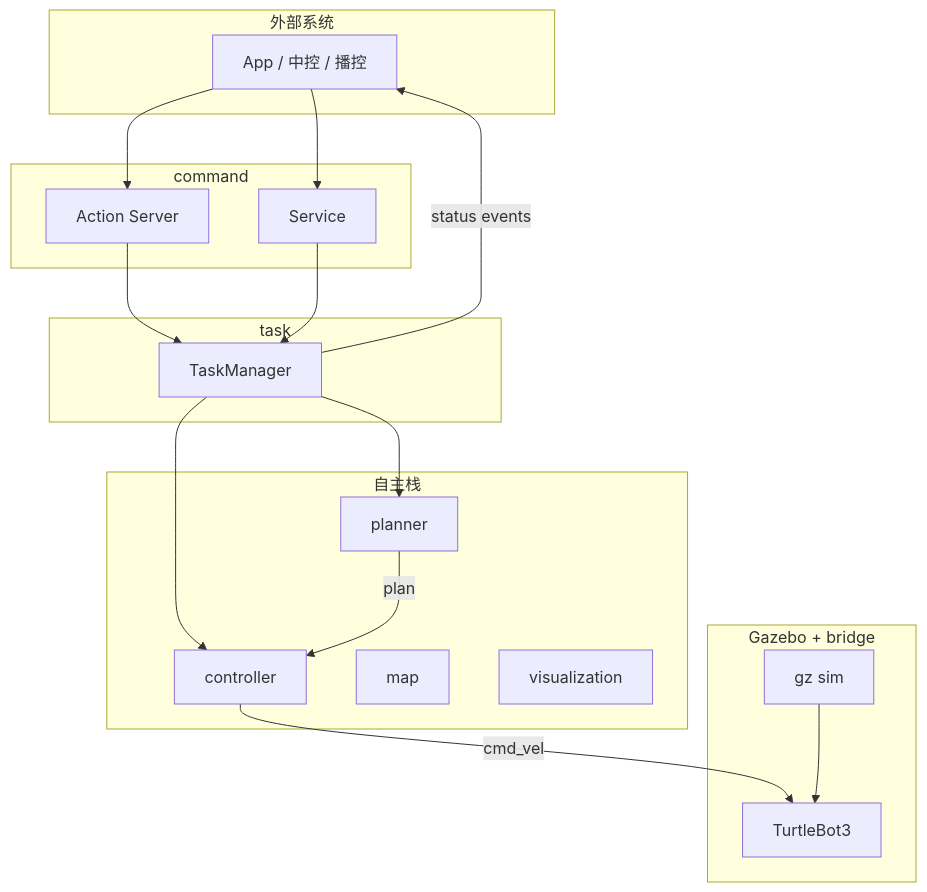
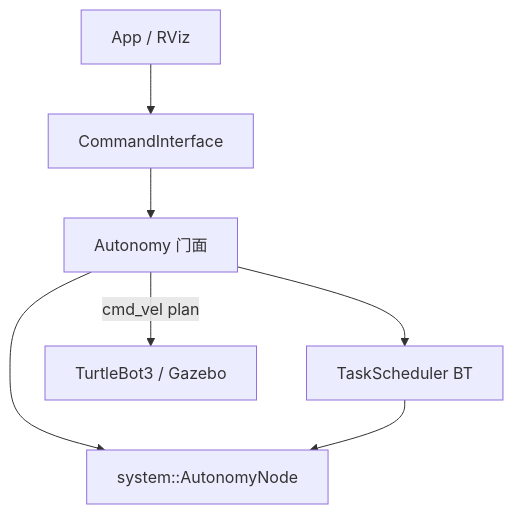
The diagram in README.md (quandy2020/autonomy_ros), drawn with Mermaid before and after one commit. The commit also changed other lines of this file and 71 other files, not shown here.

````diff
--- a/README.md
+++ b/README.md
@@ -52,33 +53,14 @@
 ```mermaid
 flowchart TB
-  subgraph external [外部系统]
-    App[App / 中控 / 播控]
-  end
-  subgraph command [command]
-    AS[Action Server]
-    SS[Service]
-  end
-  subgraph task [task]
-    TM[TaskManager]
-  end
-  subgraph stack [自主栈]
-    PL[planner]
-    CT[controller]
-    MP[map]
-    VZ[visualization]
-  end
-  subgraph sim [Gazebo + bridge]
-    GZ[gz sim]
-    TB3[TurtleBot3]
-  end
-  App --> AS
-  App --> SS
-  AS --> TM
-  SS --> TM
-  TM --> PL
-  TM --> CT
-  PL -->|plan| CT
-  CT -->|cmd_vel| TB3
-  GZ --> TB3
-  TM -->|status events| App
+  App[App / RViz]
+  CI[CommandInterface]
+  A[Autonomy 门面]
+  Core[system::AutonomyNode]
+  TS[TaskScheduler BT]
+  App --> CI
+  CI --> A
+  A --> Core
+  A --> TS
+  TS --> Core
+  A -->|cmd_vel plan| TB3[TurtleBot3 / Gazebo]
 ```
````
